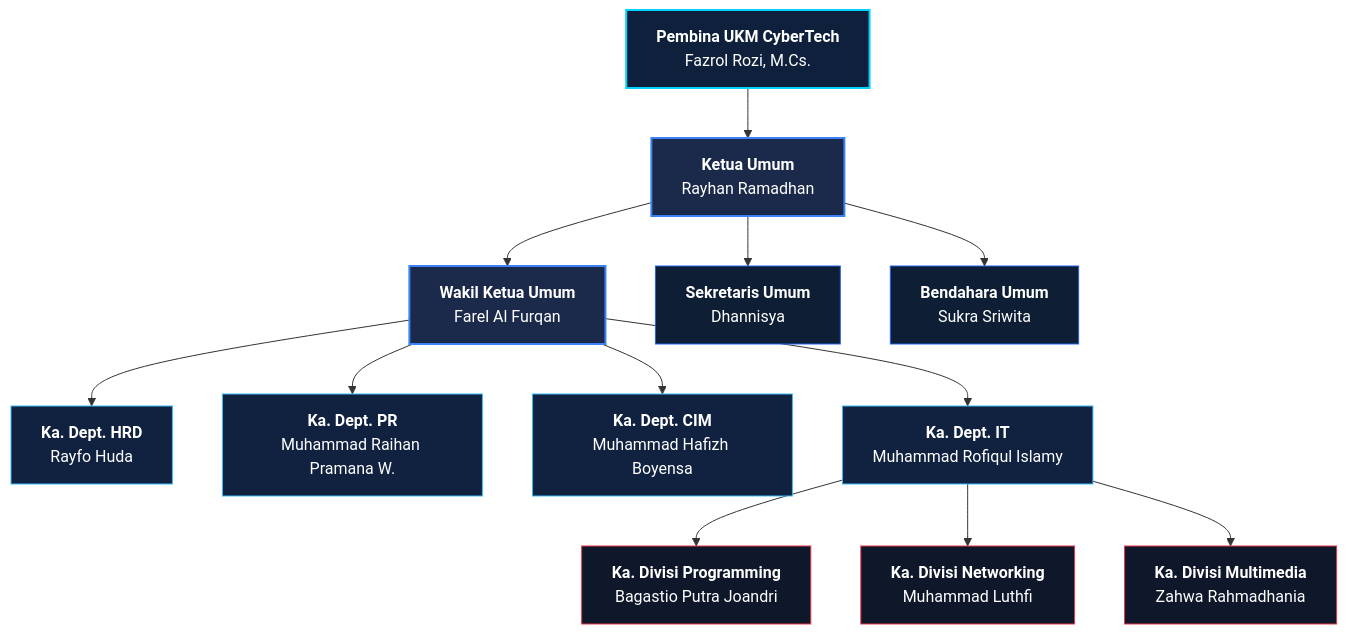
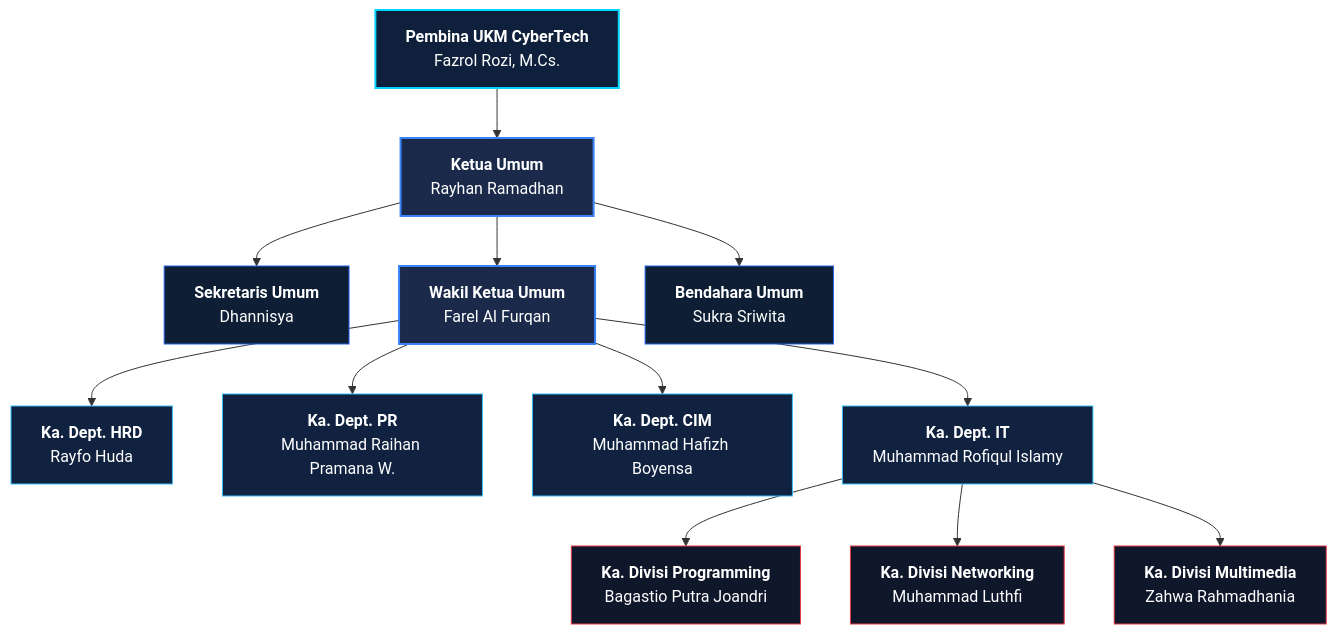
Before and after one commit to git-bjoand/CyberTech: the diagram in UKM_CYBERTECH_2026.md, drawn with Mermaid. The commit also changed other lines of this file, not shown here.

````diff
--- a/UKM_CYBERTECH_2026.md
+++ b/UKM_CYBERTECH_2026.md
@@ -31,36 +31,36 @@
 ```mermaid
 graph TD
     classDef pembina fill:#0f203c,stroke:#00d4ff,stroke-width:2px,color:#fff;
     classDef ketum fill:#1b2a4a,stroke:#3b82f6,stroke-width:2px,color:#fff;
     classDef dph fill:#0d1e35,stroke:#2563eb,stroke-width:1px,color:#fff;
     classDef kadep fill:#112240,stroke:#38bdf8,stroke-width:1px,color:#fff;
     classDef kadiv fill:#0f172a,stroke:#e63946,stroke-width:1px,color:#fff;
 
     Pembina["<b>Pembina UKM CyberTech</b><br/>Fazrol Rozi, M.Cs."]:::pembina
     Ketum["<b>Ketua Umum</b><br/>Rayhan Ramadhan"]:::ketum
-    Waketum["<b>Wakil Ketua Umum</b><br/>Farel Al Furqan"]:::ketum
 
     Sekretaris["<b>Sekretaris Umum</b><br/>Dhannisya"]:::dph
+    Waketum["<b>Wakil Ketua Umum</b><br/>Farel Al Furqan"]:::ketum
     Bendahara["<b>Bendahara Umum</b><br/>Sukra Sriwita"]:::dph
 
     DeptHRD["<b>Ka. Dept. HRD</b><br/>Rayfo Huda"]:::kadep
     DeptPR["<b>Ka. Dept. PR</b><br/>Muhammad Raihan Pramana W."]:::kadep
     DeptCIM["<b>Ka. Dept. CIM</b><br/>Muhammad Hafizh Boyensa"]:::kadep
     DeptIT["<b>Ka. Dept. IT</b><br/>Muhammad Rofiqul Islamy"]:::kadep
 
     DivProg["<b>Ka. Divisi Programming</b><br/>Bagastio Putra Joandri<br/>"]:::kadiv
     DivNet["<b>Ka. Divisi Networking</b><br/>Muhammad Luthfi"]:::kadiv
     DivMulti["<b>Ka. Divisi Multimedia</b><br/>Zahwa Rahmadhania"]:::kadiv
 
     Pembina --> Ketum
     Ketum --> Sekretaris
     Ketum --> Waketum
     Ketum --> Bendahara
     Waketum --> DeptHRD
     Waketum --> DeptPR
     Waketum --> DeptCIM
     Waketum --> DeptIT
     DeptIT --> DivProg
     DeptIT --> DivNet
     DeptIT --> DivMulti
 ```
````
